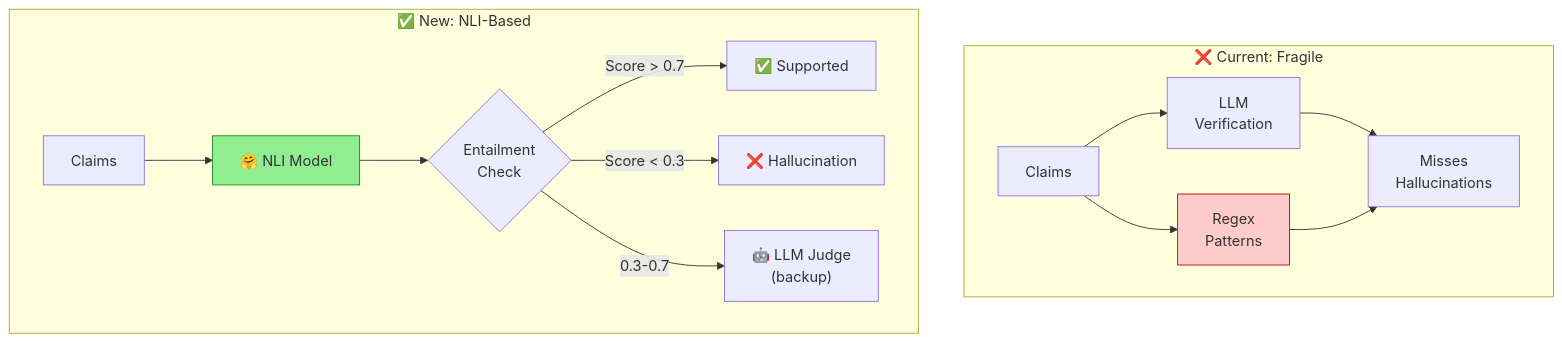
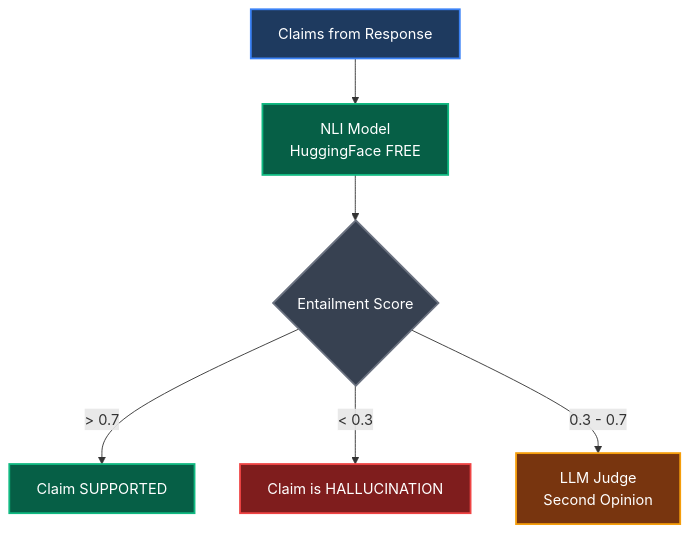
One commit to RaulJuliosIglesias/ai-powered_cv_screener changed diagram 18 of 22 in docs/roadmap/RAG_V6.md. Above: the diagram before and after it, drawn with Mermaid. The commit also changed other lines of this file, not shown here.

````diff
--- a/docs/roadmap/RAG_V6.md
+++ b/docs/roadmap/RAG_V6.md
@@ -393,19 +430,15 @@
 ```mermaid
 flowchart TB
-    subgraph Current["❌ Current: Fragile"]
-        Claims1["Claims"] --> LLM["LLM<br/>Verification"]
-        Claims1 --> Regex["Regex<br/>Patterns"]
-        LLM & Regex --> Result1["Misses<br/>Hallucinations"]
-    end
+    A[Claims from Response] --> B[NLI Model<br/>HuggingFace FREE]
+    B --> C{Entailment Score}
+    C -->|"> 0.7"| D[Claim SUPPORTED]
+    C -->|"< 0.3"| E[Claim is HALLUCINATION]
+    C -->|"0.3 - 0.7"| F[LLM Judge<br/>Second Opinion]
     
-    subgraph New["✅ New: NLI-Based"]
-        Claims2["Claims"] --> NLI["🤗 NLI Model"]
-        NLI --> Check{"Entailment<br/>Check"}
-        Check -->|"Score > 0.7"| Supported["✅ Supported"]
-        Check -->|"Score < 0.3"| Contradict["❌ Hallucination"]
-        Check -->|"0.3-0.7"| LLM2["🤖 LLM Judge<br/>(backup)"]
-    end
-    
-    style Regex fill:#ffcccc,stroke:#cc0000
-    style NLI fill:#90EE90,stroke:#228B22
+    style A fill:#1e3a5f,stroke:#3b82f6,stroke-width:2px,color:#ffffff
+    style B fill:#065f46,stroke:#10b981,stroke-width:2px,color:#ffffff
+    style C fill:#374151,stroke:#6b7280,stroke-width:2px,color:#ffffff
+    style D fill:#065f46,stroke:#10b981,stroke-width:2px,color:#ffffff
+    style E fill:#7f1d1d,stroke:#ef4444,stroke-width:2px,color:#ffffff
+    style F fill:#78350f,stroke:#f59e0b,stroke-width:2px,color:#ffffff
 ```
````
